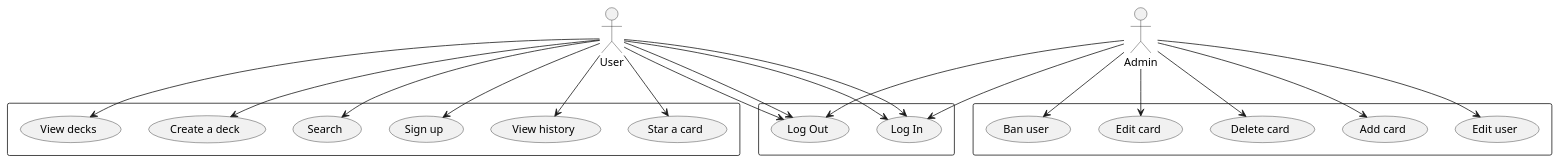
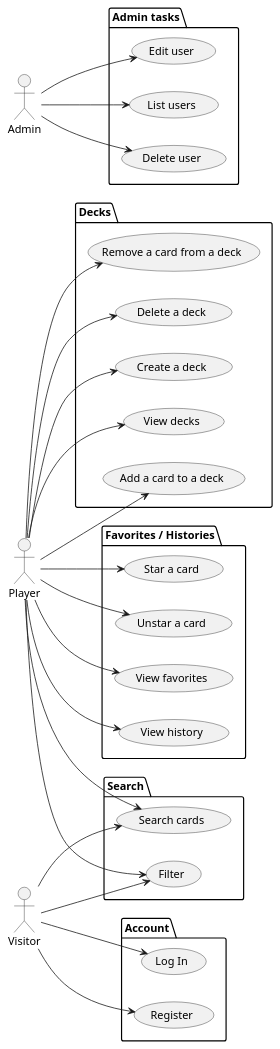
One commit to projet-info-2A-ensai-grp4/MagicSearch-2A changed the diagram in doc/diagrams/case_diagram.md. Above: the diagram before and after it, drawn with PlantUML. The commit also changed 1 other file, not shown here.

Commit message:
updating case_diagram

````diff
--- a/doc/diagrams/case_diagram.md
+++ b/doc/diagrams/case_diagram.md
@@ -8,57 +8,69 @@
 ```plantuml
 @startuml
 
 ' paste here to visualize : https://www.plantuml.com/plantuml/uml/SyfFKj2rKt3CoKnELR1Io4ZDoSa70000
 ' doc : https://plantuml.com/fr/use-case-diagram
 
+left to right direction
 
-top to bottom direction
+actor Player
+actor Admin
+actor Visitor
 
-actor "User"    as user
-actor "Admin"   as admin
+package "Account" {
+    usecase "Log In" as login
+    usecase "Register" as register
+}
+
+package "Admin tasks" {
+    usecase "Delete user" as delete_user
+    usecase "Edit user" as edit_user
+    usecase "List users" as list_users
+}
+
+package "Decks" {
+    usecase "Create a deck" as create_deck
+    usecase "View decks" as view_decks
+    usecase "Add a card to a deck" as add_card_to_deck
+    usecase "Remove a card from a deck" as remove_card_from_deck
+    usecase "Delete a deck" as delete_deck
+}
+
+package "Favorites / Histories" {
+    usecase "Star a card" as star_card
+    usecase "Unstar a card" as unstar_card
+    usecase "View favorites" as view_favorites
+    usecase "View history" as view_history
+}
+
+package "Search" {
+    usecase "Search cards" as search
+    usecase "Filter" as filter
+}
+
+Player --> filter
+Player --> search
+Player --> add_card_to_deck
+Player --> remove_card_from_deck
+Player --> star_card
+Player --> unstar_card
+Player --> view_decks
+Player --> delete_deck
+Player --> view_favorites
+Player --> view_history
+Player --> create_deck
 
 
-rectangle {
-  usecase "Sign up"    as signup
-  usecase "Search"     as search
-  usecase "Create a deck" as create_deck
-  usecase "View decks" as view_decks
-  usecase "Star a card" as star_card
-  usecase "View history" as view_history
-}
+Visitor --> filter
+Visitor --> search
+Visitor --> register
+Visitor --> login
 
-rectangle {
-  usecase "Log In"     as login
-  usecase "Log Out"    as logout
-}
 
-rectangle {
- usecase "Add card" as add_card
- usecase "Delete card" as delete_card
- usecase "Edit card" as edit_card
- usecase "Ban user" as ban_user
- usecase "Edit user" as edit_user
-}
-
-user --> signup
-user --> login
-user --> logout
-user --> search
-user --> create_deck
-user --> view_decks
-user --> star_card
-user --> view_history
-
-admin --> delete_card
-admin --> add_card
-admin --> edit_card
-admin --> ban_user
-admin --> edit_user
-
-admin --> login
-admin --> logout
-user --> login
-user --> logout
+Admin --> list_users
+Admin --> delete_user
+Admin --> edit_user
 
 @enduml
+
 ```
````
